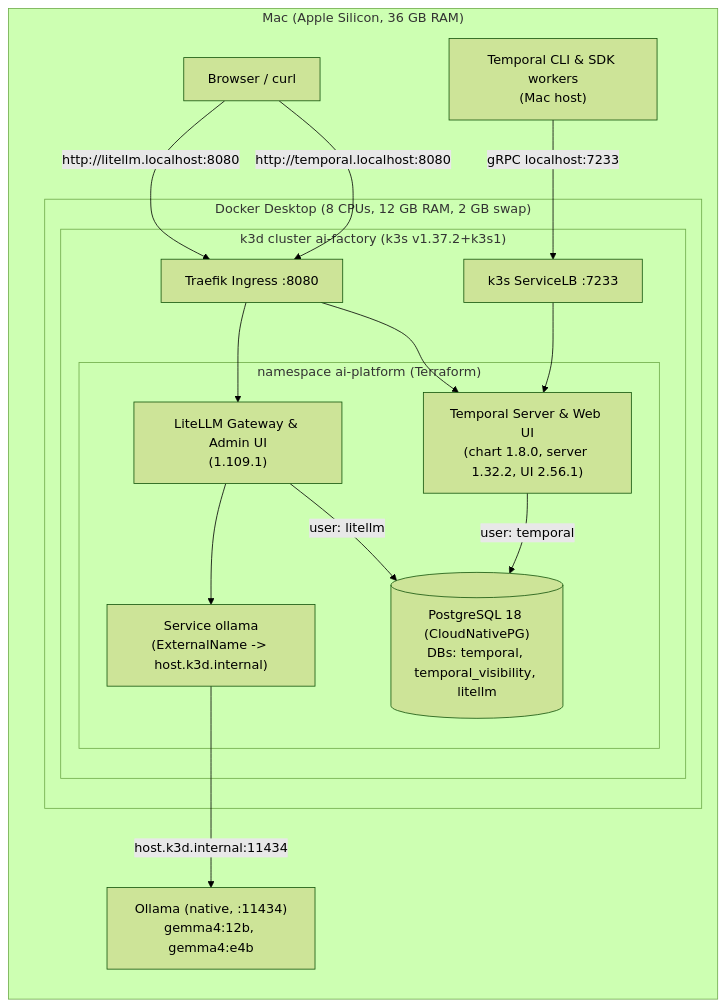
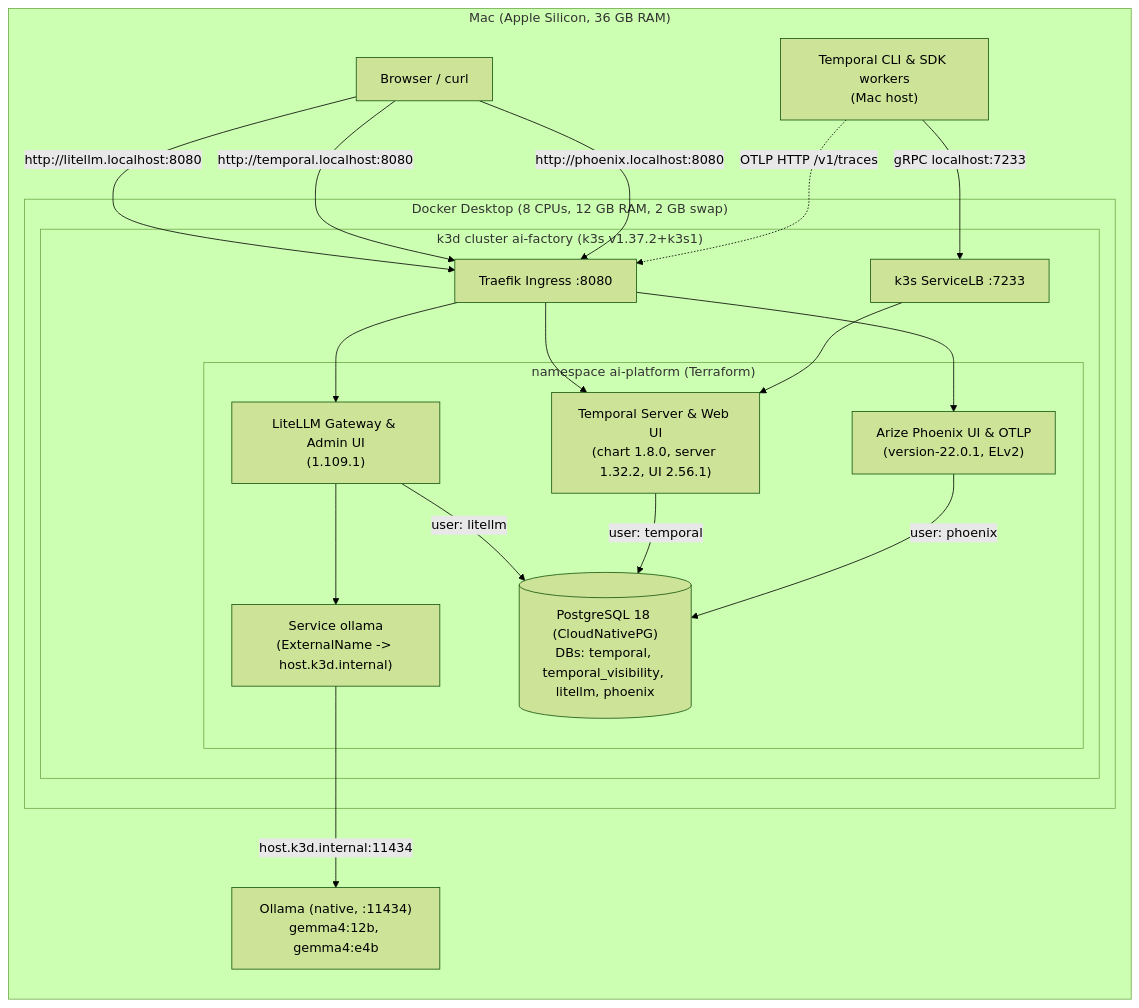
Before and after one commit to barbarosydev/ai-factory-infra: the diagram in docs/architecture.md, drawn with Mermaid (forest theme). The commit also changed other lines of this file and 39 other files, not shown here.

Commit message:
feat(observability): add Arize Phoenix on CNPG and enrich LiteLLM usage overview

````diff
--- a/docs/architecture.md
+++ b/docs/architecture.md
@@ -5,30 +5,35 @@
 ```mermaid
 flowchart LR
   subgraph mac["Mac (Apple Silicon, 36 GB RAM)"]
     ollama["Ollama (native, :11434)<br/>gemma4:12b, gemma4:e4b"]
     worker["Temporal CLI & SDK workers<br/>(Mac host)"]
     browser["Browser / curl"]
     subgraph docker["Docker Desktop (8 CPUs, 12 GB RAM, 2 GB swap)"]
       subgraph k3d["k3d cluster ai-factory (k3s v1.37.2+k3s1)"]
         traefik["Traefik Ingress :8080"]
         svclb["k3s ServiceLB :7233"]
         subgraph ns["namespace ai-platform (Terraform)"]
           litellm["LiteLLM Gateway & Admin UI<br/>(1.109.1)"]
           temporal["Temporal Server & Web UI<br/>(chart 1.8.0, server 1.32.2, UI 2.56.1)"]
+          phoenix["Arize Phoenix UI & OTLP<br/>(version-22.0.1, ELv2)"]
           svc["Service ollama<br/>(ExternalName -> host.k3d.internal)"]
-          pg[("PostgreSQL 18 (CloudNativePG)<br/>DBs: temporal, temporal_visibility, litellm")]
+          pg[("PostgreSQL 18 (CloudNativePG)<br/>DBs: temporal, temporal_visibility, litellm, phoenix")]
         end
       end
     end
   end
   browser -->|"http://litellm.localhost:8080"| traefik
   browser -->|"http://temporal.localhost:8080"| traefik
+  browser -->|"http://phoenix.localhost:8080"| traefik
+  worker -.->|"OTLP HTTP /v1/traces"| traefik
   traefik --> litellm
   traefik --> temporal
+  traefik --> phoenix
   worker -->|"gRPC localhost:7233"| svclb
   svclb --> temporal
   litellm --> svc
   svc -->|"host.k3d.internal:11434"| ollama
   litellm -->|"user: litellm"| pg
   temporal -->|"user: temporal"| pg
+  phoenix -->|"user: phoenix"| pg
 ```
````
